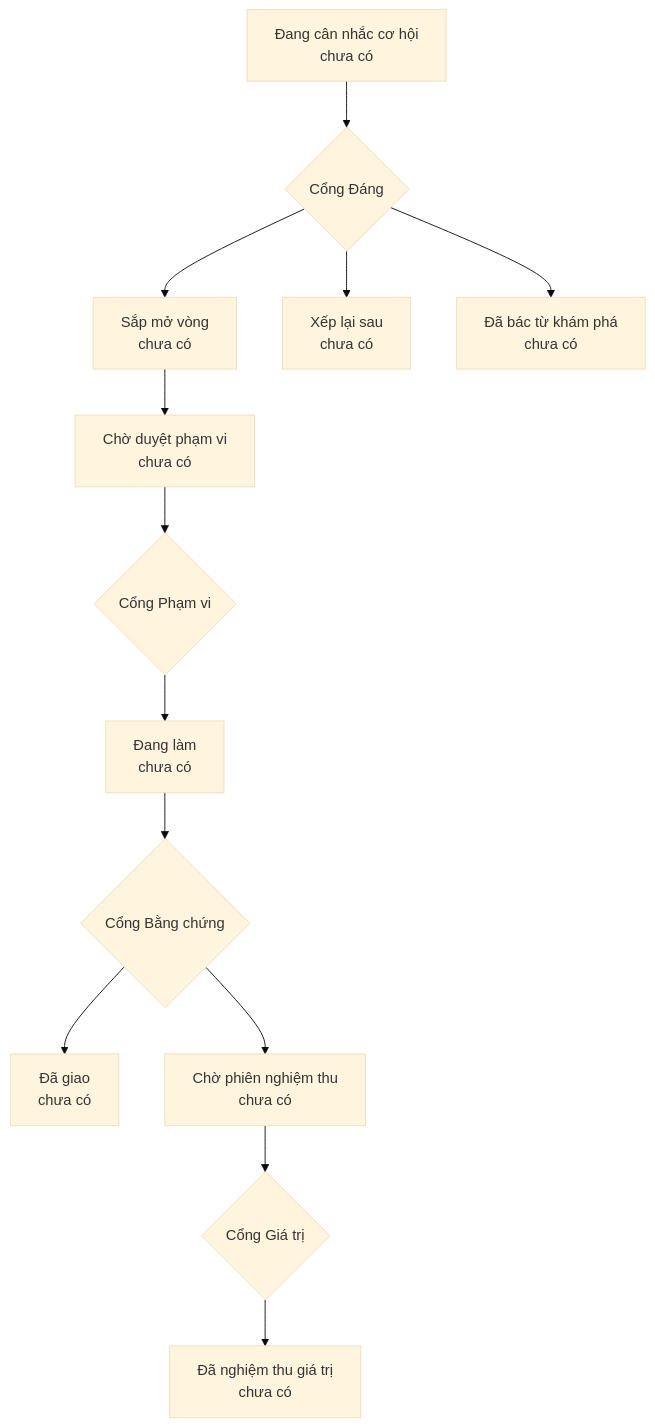
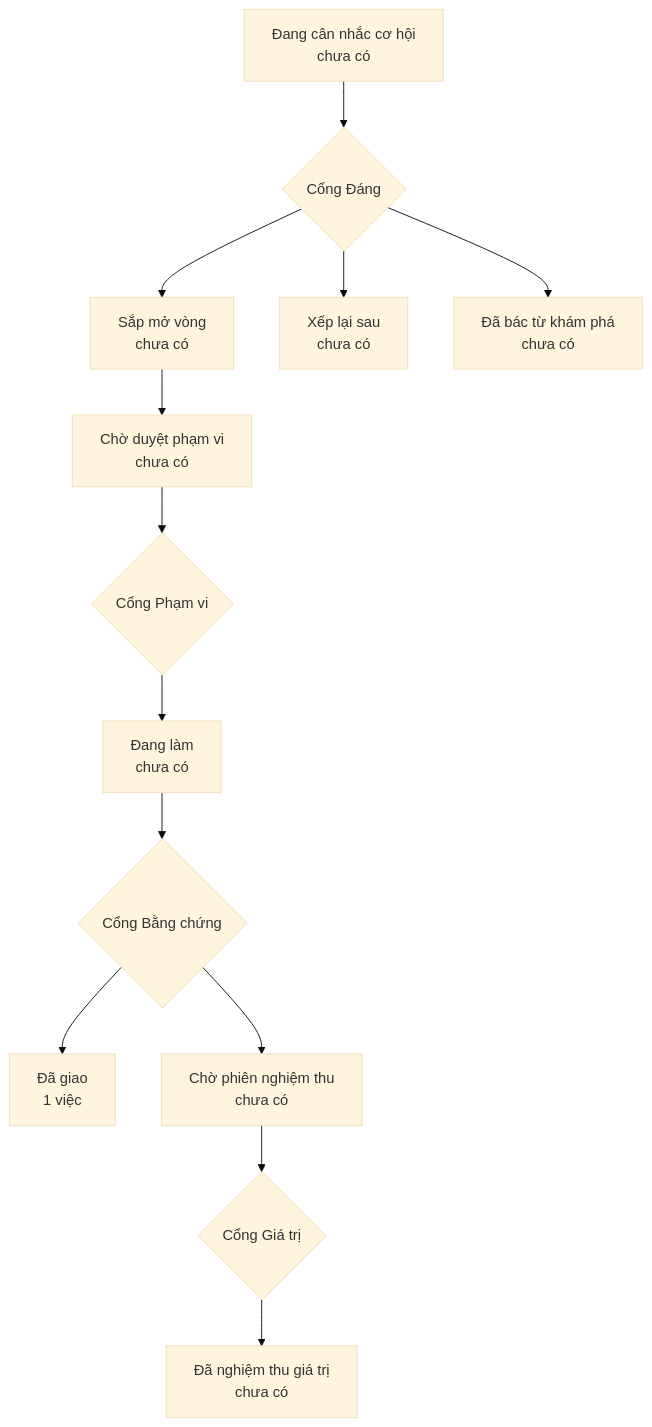
One commit to phanlemanh/crm-onehub changed the diagram in PRODUCT-MAP.md. Above: the diagram before and after it, drawn with Mermaid (base theme). The commit also changed other lines of this file, not shown here.

````diff
--- a/PRODUCT-MAP.md
+++ b/PRODUCT-MAP.md
@@ -6,12 +6,12 @@
 ```mermaid
 flowchart TD
   A["Đang cân nhắc cơ hội<br/>chưa có"] --> GD{"Cổng Đáng"}
   GD --> B["Sắp mở vòng<br/>chưa có"]
   GD --> XL["Xếp lại sau<br/>chưa có"]
   GD --> DB["Đã bác từ khám phá<br/>chưa có"]
   B --> CD["Chờ duyệt phạm vi<br/>chưa có"] --> GP{"Cổng Phạm vi"}
   GP --> DL["Đang làm<br/>chưa có"] --> GB{"Cổng Bằng chứng"}
-  GB --> DG["Đã giao<br/>chưa có"]
+  GB --> DG["Đã giao<br/>1 việc"]
   GB --> CN["Chờ phiên nghiệm thu<br/>chưa có"] --> GG{"Cổng Giá trị"}
   GG --> NT["Đã nghiệm thu giá trị<br/>chưa có"]
 ```
````
